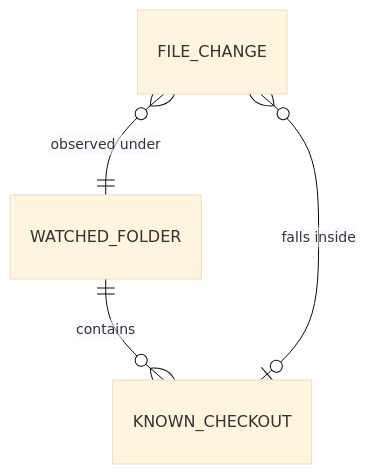
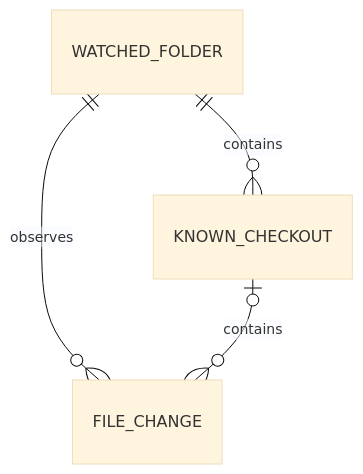
One commit to getagentstudio/agentstudio changed the first of 2 diagrams in docs/specs/2026-11-04-fsevents-overload/2026-11-04-fsevents-overload-specification.md. Above: the diagram before and after it, drawn with Mermaid (base theme). The commit also changed other lines of this file and 1 other file, not shown here.

Commit message:
docs(specs): orient entity relationships so every entity renders

````diff
--- a/docs/specs/2026-11-04-fsevents-overload/2026-11-04-fsevents-overload-specification.md
+++ b/docs/specs/2026-11-04-fsevents-overload/2026-11-04-fsevents-overload-specification.md
@@ -26,6 +26,6 @@
 ```mermaid
 erDiagram
   WATCHED_FOLDER ||--o{ KNOWN_CHECKOUT : "contains"
-  FILE_CHANGE }o--|| WATCHED_FOLDER : "observed under"
-  FILE_CHANGE }o--o| KNOWN_CHECKOUT : "falls inside"
+  WATCHED_FOLDER ||--o{ FILE_CHANGE : "observes"
+  KNOWN_CHECKOUT |o--o{ FILE_CHANGE : "contains"
 ```
````
